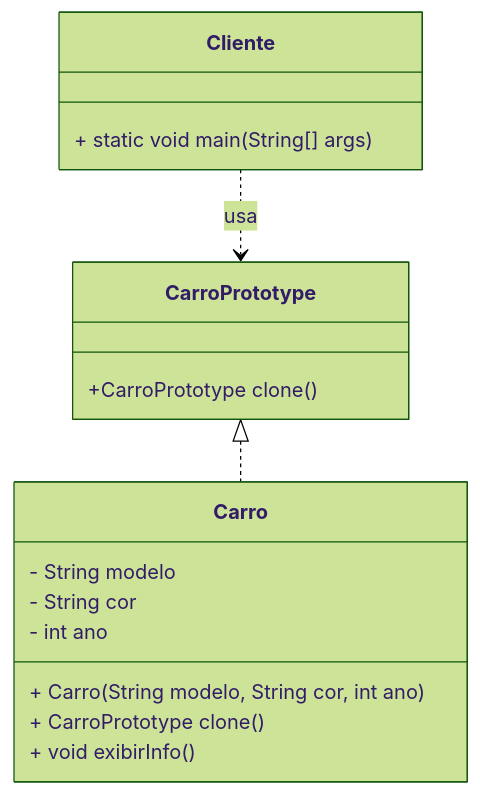
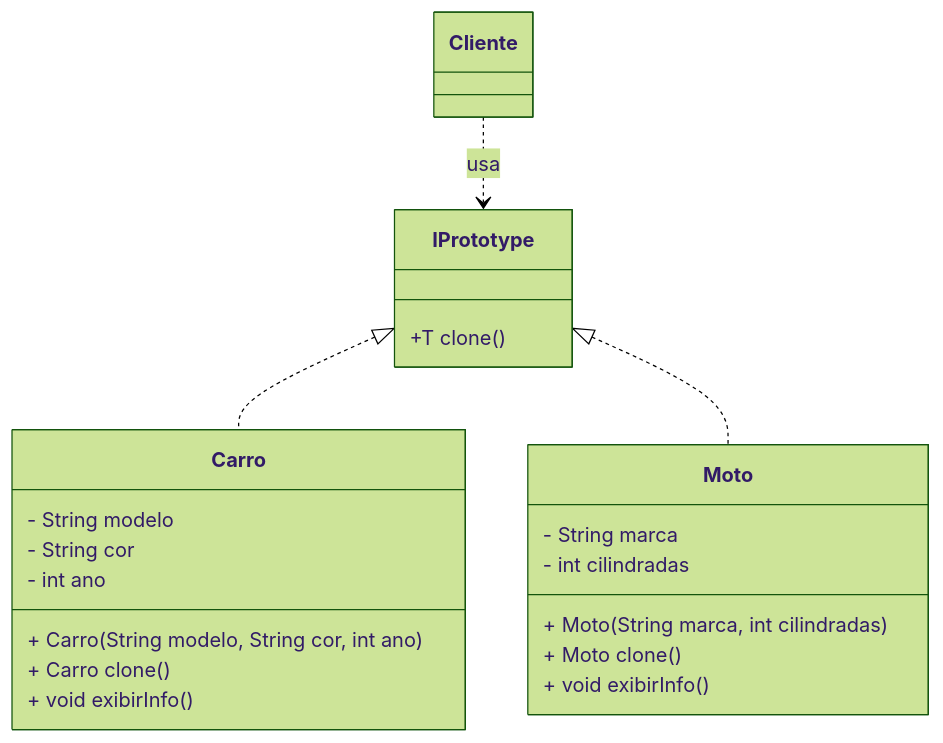
The third of 3 diagrams in README.md (20242-ifba-saj-ads-ppr/seminario-ppr-criacional-prototype-equipeAbstractFactory), drawn with Mermaid (forest theme) before and after one commit. The commit also changed other lines of this file, not shown here.

````diff
--- a/README.md
+++ b/README.md
@@ -583,22 +583,30 @@
 ```mermaid
 classDiagram
-    class CarroPrototype {
-        +CarroPrototype clone()
+    class IPrototype{
+        +T clone()
     }
 
     class Carro {
         - String modelo
         - String cor
         - int ano
-        + Carro(String modelo, String cor, int ano)
-        + CarroPrototype clone()
+        + Carro (String modelo, String cor, int ano)
+        + Carro clone()
+        + void exibirInfo()
+    }
+
+    class Moto {
+        - String marca
+        - int cilindradas
+        + Moto (String marca, int cilindradas)
+        + Moto clone()
         + void exibirInfo()
     }
 
     class Cliente {
-        + static void main(String[] args)
     }
 
-    CarroPrototype <|.. Carro
-    Cliente ..> CarroPrototype : usa
+    IPrototype <|.. Carro
+    IPrototype <|.. Moto
+    Cliente ..> IPrototype : usa
 ```
````
